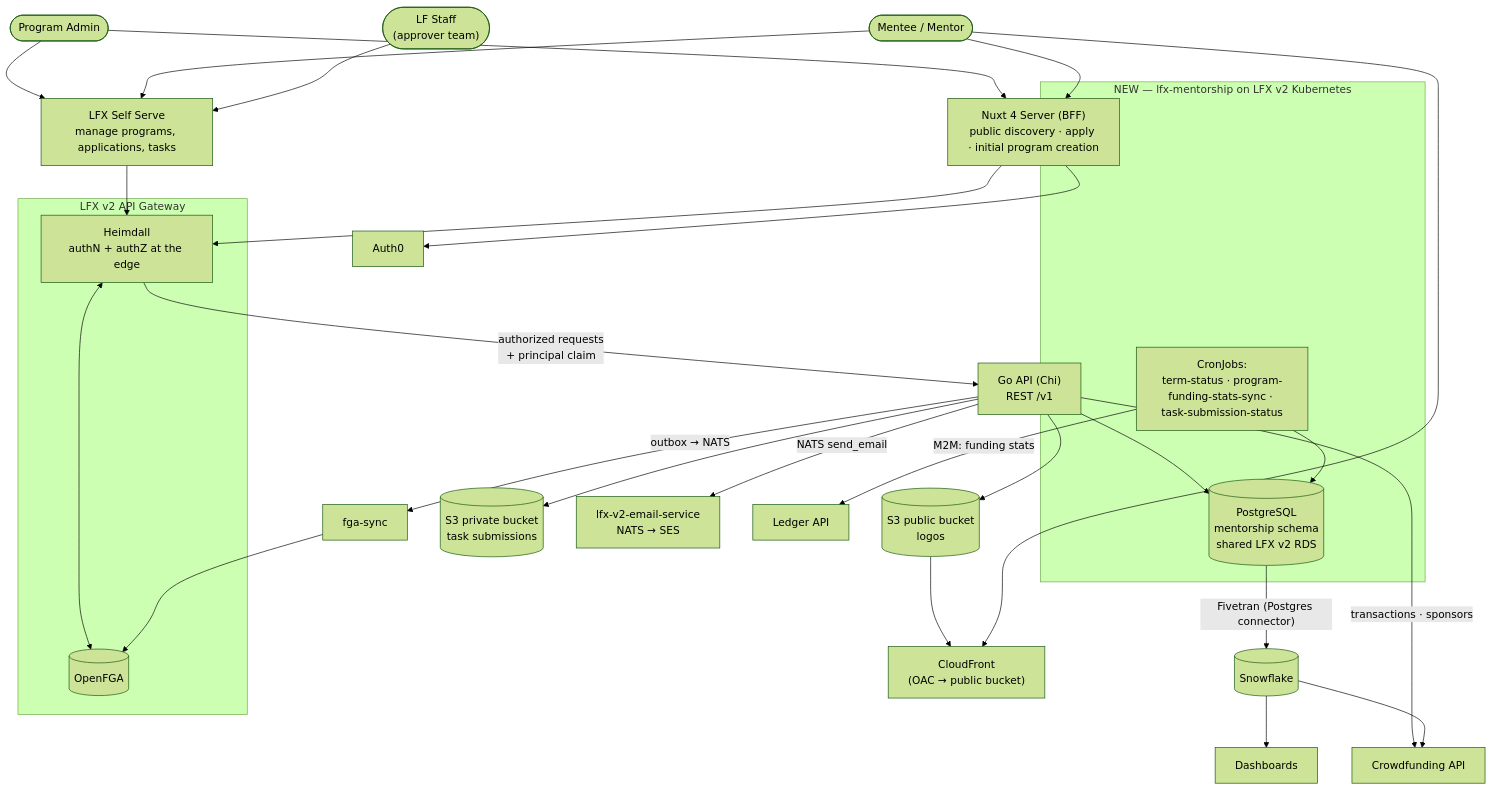
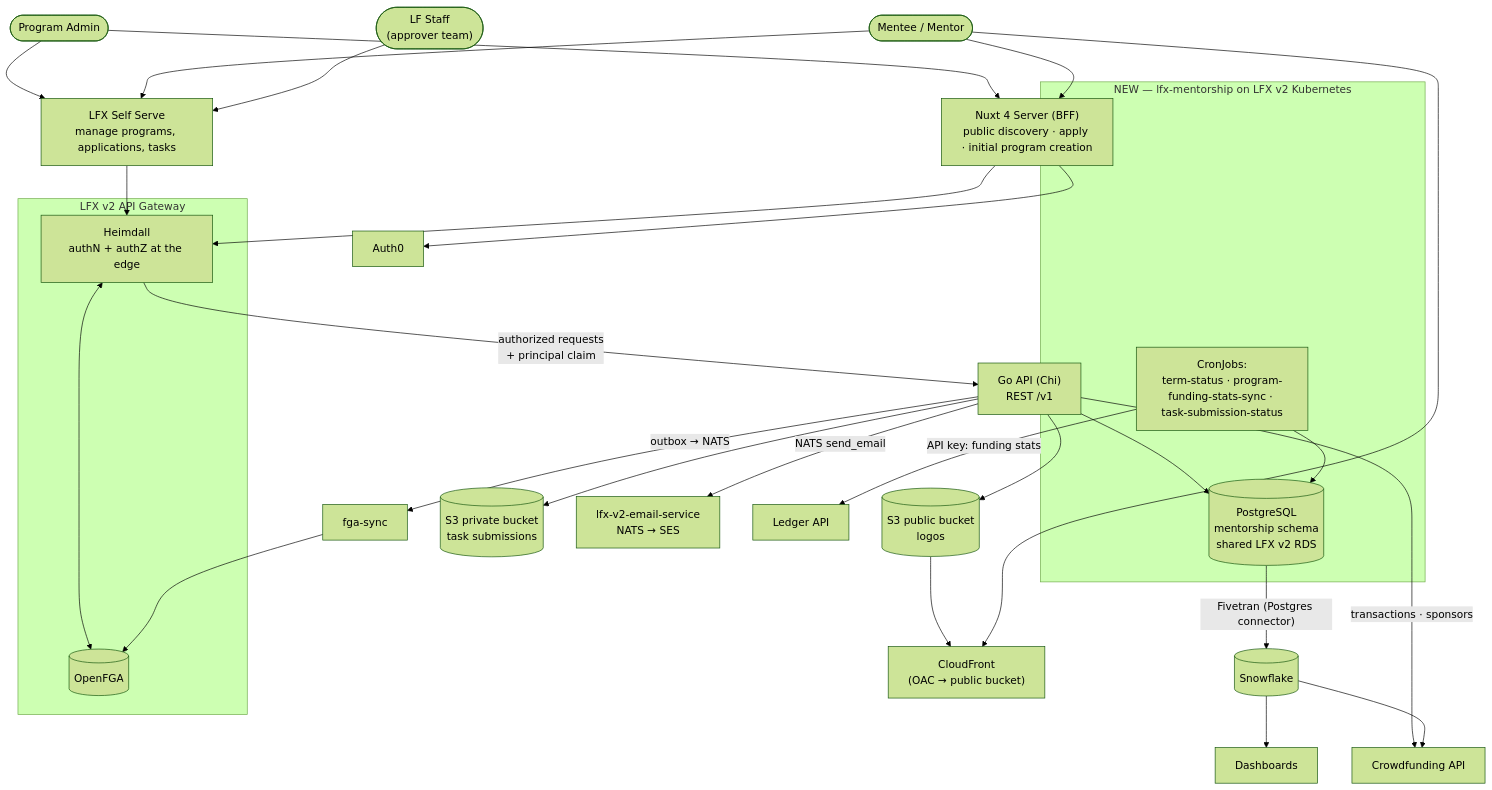
One commit to linuxfoundation/lfx-mentorship changed the first of 2 diagrams in docs/rewrite/02-target-architecture.md. Above: the diagram before and after it, drawn with Mermaid (forest theme). The commit also changed other lines of this file and 2 other files, not shown here.

Commit message:
docs: align ARCHITECTURE.md with main and the deployed service
ARCHITECTURE.md predated a month of main. Bring it in line with the code
and the companion docs:

- Move all build status out to heimdall-fga-implementation.md and
  blockers.md; drop the "edge not deployed" callout. The API now accepts
  only Heimdall JWTs and mounts only /mentorship/v1.
- Reverse the mentorship_program_admin contract: project-service owns
  storage, API and emission (lfx-v2-project-service#127); Mentorship
  emits tuples only on its four mentorship_* types (04 AQ-4).
- Add the Query Service collections rule and the local users-row
  requirement (PUT /v1/me).
- Section 4: add fga-sync, indexer, project-service and auth-service;
  Crowdfunding is a public route with no token, so Auth0 is inbound only;
  S3 uploads go through the API; OQ-2 is decided.
- Section 6 keeps only what is still unsettled: approver-roster
  administration, the Crowdfunding join key, full-text search.

In 02, label the Ledger edge as an API key, not M2M. In 03, drop the
option-(c) staging-table sentence: it predicts legacy mentor rows land in
applications, but mentor requests are program_members rows.

````diff
--- a/docs/rewrite/02-target-architecture.md
+++ b/docs/rewrite/02-target-architecture.md
@@ -22,52 +22,52 @@
 ```mermaid
 flowchart TB
     ADMIN(["Program Admin"])
     USERS(["Mentee / Mentor"])
     SUPER(["LF Staff<br/>(approver team)"])
 
     subgraph GW["LFX v2 API Gateway"]
         HEIMDALL["Heimdall<br/>authN + authZ at the edge"]
         FGA[("OpenFGA")]
     end
 
     subgraph K8S["NEW — lfx-mentorship on LFX v2 Kubernetes"]
         NUXT["Nuxt 4 Server (BFF)<br/>public discovery · apply · initial program creation"]
         API["Go API (Chi)<br/>REST /v1"]
         PG[("PostgreSQL<br/>mentorship schema<br/>shared LFX v2 RDS")]
         CRONS["CronJobs:<br/>term-status · program-funding-stats-sync · task-submission-status"]
     end
 
     SS["LFX Self Serve<br/>manage programs, applications, tasks"]
     SYNC["fga-sync"]
     AUTH0["Auth0"]
     S3PUB[("S3 public bucket<br/>logos")]
     S3PRIV[("S3 private bucket<br/>task submissions")]
     CDN["CloudFront<br/>(OAC → public bucket)"]
     EMAIL["lfx-v2-email-service<br/>NATS → SES"]
     CFAPI["Crowdfunding API"]
     LEDGER["Ledger API"]
     SF[("Snowflake")]
     DASH["Dashboards"]
 
     ADMIN & USERS --> NUXT
     ADMIN & USERS & SUPER --> SS
     NUXT --> HEIMDALL
     SS --> HEIMDALL
     HEIMDALL <--> FGA
     HEIMDALL -- "authorized requests<br/>+ principal claim" --> API
     NUXT --> AUTH0
     API --> PG
     API --> S3PUB
     API --> S3PRIV
     S3PUB --> CDN
     USERS --> CDN
     API -- "NATS send_email" --> EMAIL
     API -- "outbox → NATS" --> SYNC
     SYNC --> FGA
     CRONS --> PG
-    CRONS -- "M2M: funding stats" --> LEDGER
+    CRONS -- "API key: funding stats" --> LEDGER
     API -- "transactions · sponsors" --> CFAPI
     PG -- "Fivetran (Postgres connector)" --> SF
     SF --> DASH
     SF --> CFAPI
 ```
````
